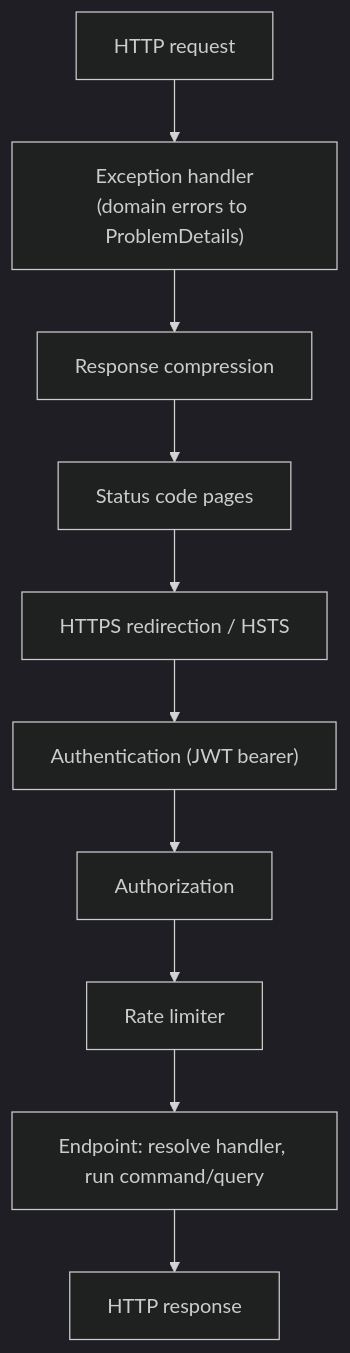
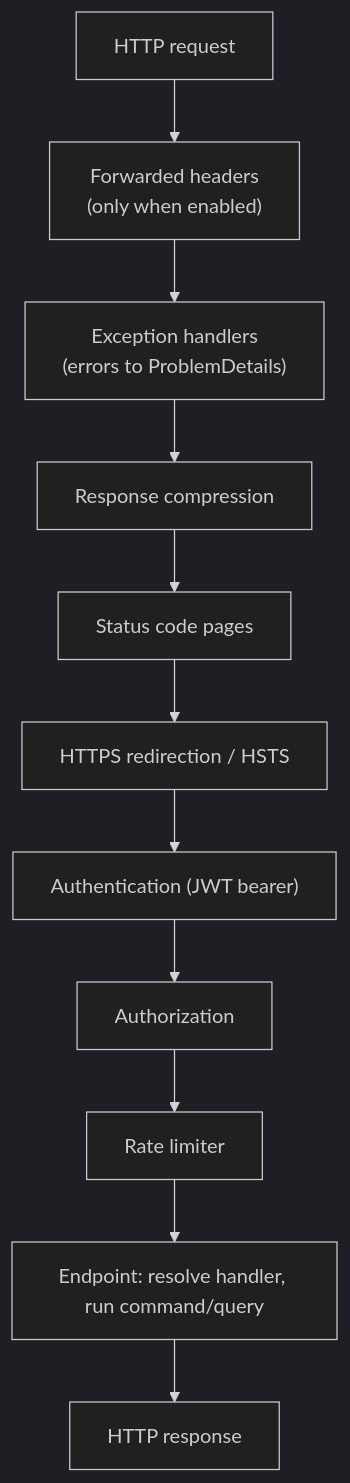
The first of 2 diagrams in docs/server/architecture.md (silvestrinigor/Fargo), drawn with Mermaid (dark theme) before and after one commit. The commit also changed other lines of this file and 12 other files, not shown here.

````diff
--- a/docs/server/architecture.md
+++ b/docs/server/architecture.md
@@ -74,15 +70,16 @@
 ```mermaid
 flowchart TD
     Request["HTTP request"]
-    Ex["Exception handler<br/>(domain errors to ProblemDetails)"]
+    Forwarded["Forwarded headers<br/>(only when enabled)"]
+    Ex["Exception handlers<br/>(errors to ProblemDetails)"]
     Compression["Response compression"]
     StatusPages["Status code pages"]
     Https["HTTPS redirection / HSTS"]
     AuthN["Authentication (JWT bearer)"]
     AuthZ["Authorization"]
     RateLimit["Rate limiter"]
     Endpoint["Endpoint: resolve handler, run command/query"]
     Response["HTTP response"]
 
-    Request --> Ex --> Compression --> StatusPages --> Https --> AuthN --> AuthZ --> RateLimit --> Endpoint --> Response
+    Request --> Forwarded --> Ex --> Compression --> StatusPages --> Https --> AuthN --> AuthZ --> RateLimit --> Endpoint --> Response
 ```
````
